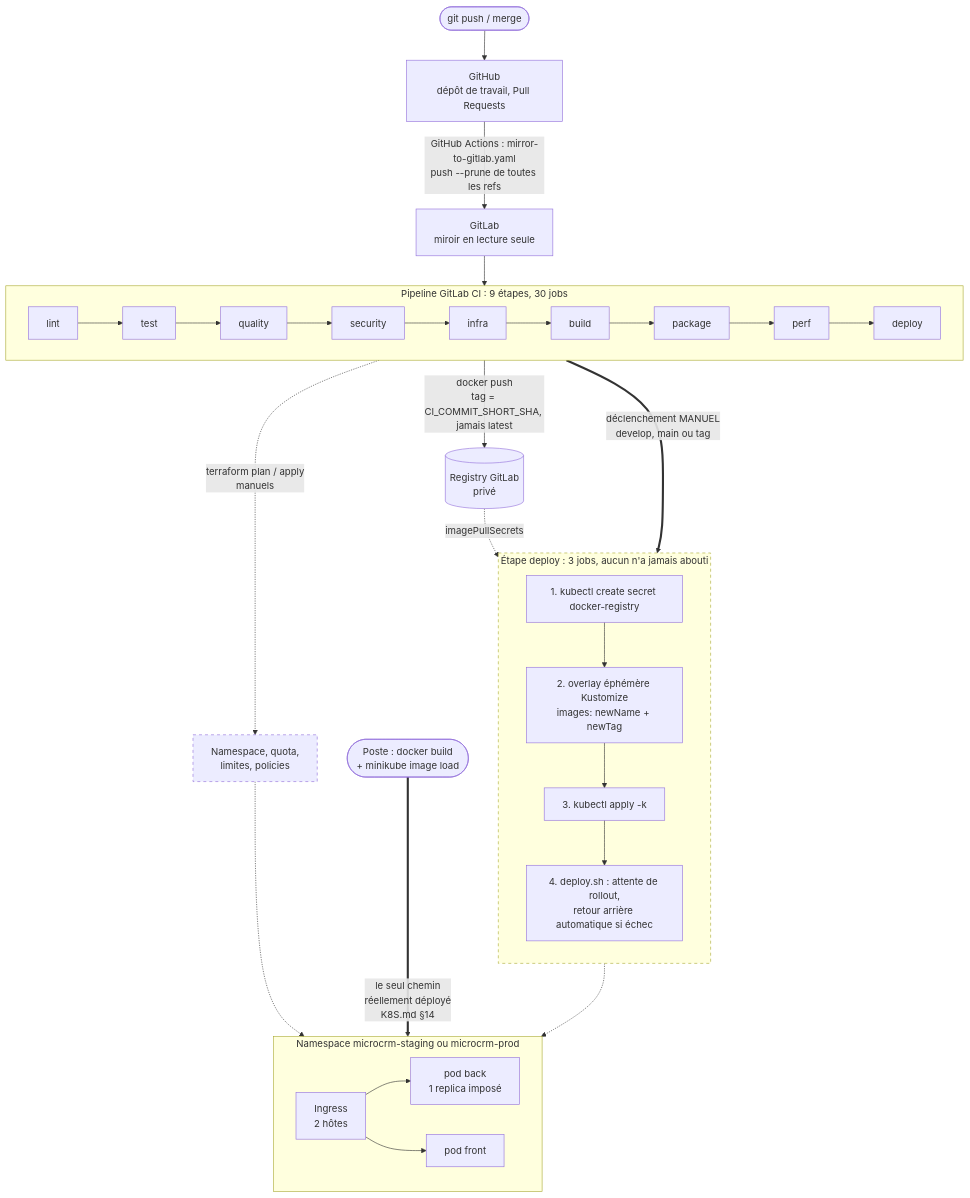
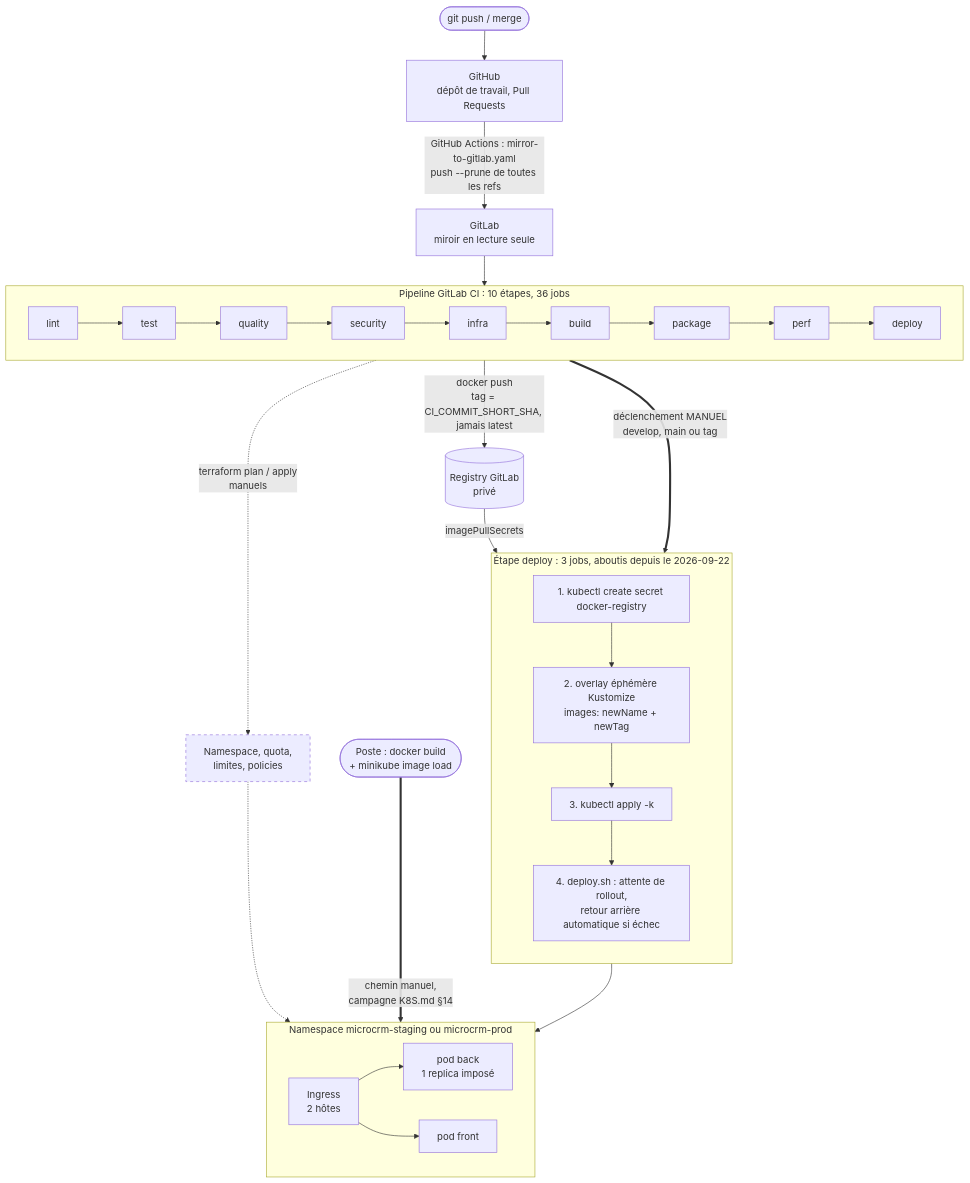
The diagram in docs/schemas/plateforme-deploiement.mmd (TedPasquiet/G-rez-le-cycle-de-vie-de-d-veloppement-logiciel), drawn with Mermaid before and after one commit. The commit also changed 9 other files, not shown here.

```diff
--- a/docs/schemas/plateforme-deploiement.mmd
+++ b/docs/schemas/plateforme-deploiement.mmd
@@ -1,46 +1,48 @@
 %% Schéma 1 — La plateforme de déploiement, du commit au pod.
 %% Source versionnée du bloc Mermaid d'ARCHITECTURE.md §8.1.
 %% Convention : trait plein = chemin réellement emprunté ;
 %%              pointillé   = chemin décrit, jamais abouti.
+%% L'étape deploy est passée en trait plein le 2026-09-23 : elle aboutit depuis
+%% le 2026-09-22 (ARCHITECTURE.md §8.1). Seul Terraform reste en pointillé.
 %% Les identifiants de nœuds restent en ASCII, seuls les libellés sont accentués.
 flowchart TB
     dev(["git push / merge"]) --> gh["GitHub<br/>dépôt de travail, Pull Requests"]
     gh -->|"GitHub Actions : mirror-to-gitlab.yaml<br/>push --prune de toutes les refs"| gl["GitLab<br/>miroir en lecture seule"]
     gl --> pipe
 
-    subgraph pipe["Pipeline GitLab CI : 9 étapes, 30 jobs"]
+    subgraph pipe["Pipeline GitLab CI : 10 étapes, 36 jobs"]
         direction LR
         s1["lint"] --> s2["test"] --> s3["quality"] --> s4["security"] --> s5["infra"] --> s6["build"] --> s7["package"] --> s8["perf"] --> s9["deploy"]
     end
 
     s7 -->|"docker push<br/>tag = CI_COMMIT_SHORT_SHA, jamais latest"| reg[("Registry GitLab<br/>privé")]
     s5 -.->|"terraform plan / apply<br/>manuels"| tf["Namespace, quota,<br/>limites, policies"]
 
     s9 == "déclenchement MANUEL<br/>develop, main ou tag" ==> jobs
 
-    subgraph jobs["Étape deploy : 3 jobs, aucun n'a jamais abouti"]
+    subgraph jobs["Étape deploy : 3 jobs, aboutis depuis le 2026-09-22"]
         direction TB
         j1["1. kubectl create secret docker-registry"]
         j2["2. overlay éphémère Kustomize<br/>images: newName + newTag"]
         j3["3. kubectl apply -k"]
         j4["4. deploy.sh : attente de rollout,<br/>retour arrière automatique si échec"]
         j1 --> j2 --> j3 --> j4
     end
 
-    reg -.->|"imagePullSecrets"| j3
+    reg -->|"imagePullSecrets"| j3
     tf -.-> ns
-    j4 -.-> ns
+    j4 --> ns
 
     subgraph ns["Namespace microcrm-staging ou microcrm-prod"]
         direction LR
         ing["Ingress<br/>2 hôtes"]
         pb["pod back<br/>1 replica imposé"]
         pf["pod front"]
         ing --> pb
         ing --> pf
     end
 
-    poste(["Poste : docker build<br/>+ minikube image load"]) ==>|"le seul chemin<br/>réellement déployé<br/>K8S.md §14"| ns
+    poste(["Poste : docker build<br/>+ minikube image load"]) ==>|"chemin manuel,<br/>campagne K8S.md §14"| ns
 
     classDef jamais stroke-dasharray: 5 5;
-    class jobs,tf jamais;
+    class tf jamais;
```
